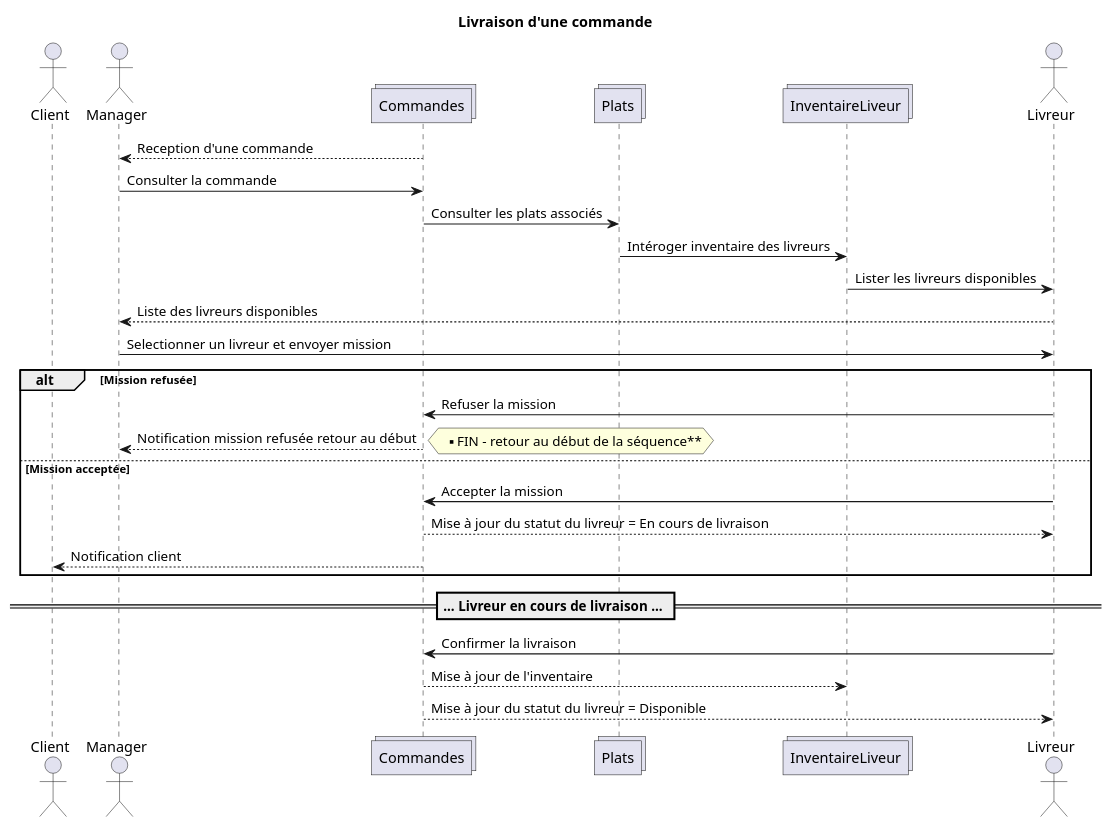
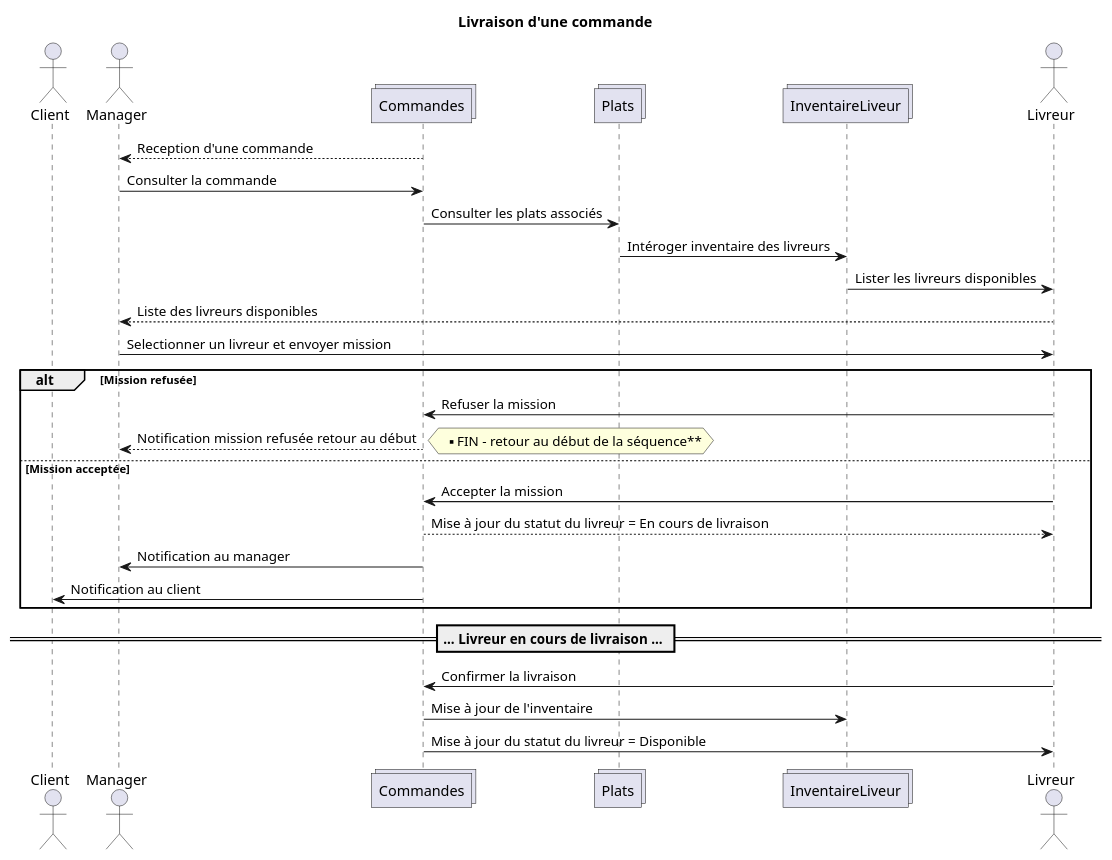
One commit to sjaulin/expressfood changed the diagram in uml/sequence-livraison.plantuml. Above: the diagram before and after it, drawn with PlantUML. The commit also changed 1 other file, not shown here.

Commit message:
UPDATE sequence diagramme

```diff
--- a/uml/sequence-livraison.plantuml
+++ b/uml/sequence-livraison.plantuml
@@ -1,30 +1,31 @@
 @startuml
 title Livraison d'une commande
 actor Client
 actor Manager
 collections Commandes 
 collections Plats 
 collections InventaireLiveur
 actor Livreur
 Commandes --> Manager : Reception d'une commande
 Manager -> Commandes : Consulter la commande
 Commandes -> Plats : Consulter les plats associés
 Plats -> InventaireLiveur : Intéroger inventaire des livreurs
 InventaireLiveur -> Livreur : Lister les livreurs disponibles
 Livreur --> Manager : Liste des livreurs disponibles
 Manager -> Livreur : Selectionner un livreur et envoyer mission
 alt Mission refusée
 Livreur -> Commandes : Refuser la mission
 Commandes --> Manager : Notification mission refusée retour au début
 hnote right : ** FIN - retour au début de la séquence**
 else Mission acceptée
 Livreur -> Commandes : Accepter la mission
 Commandes --> Livreur : Mise à jour du statut du livreur = En cours de livraison
-Commandes --> Client : Notification client
+Commandes -> Manager : Notification au manager
+Commandes -> Client : Notification au client
 end
 == ... Livreur en cours de livraison ... ==
 Livreur -> Commandes : Confirmer la livraison
-Commandes --> InventaireLiveur : Mise à jour de l'inventaire
-Commandes --> Livreur : Mise à jour du statut du livreur = Disponible
+Commandes -> InventaireLiveur : Mise à jour de l'inventaire
+Commandes -> Livreur : Mise à jour du statut du livreur = Disponible
 
 @enduml
```
